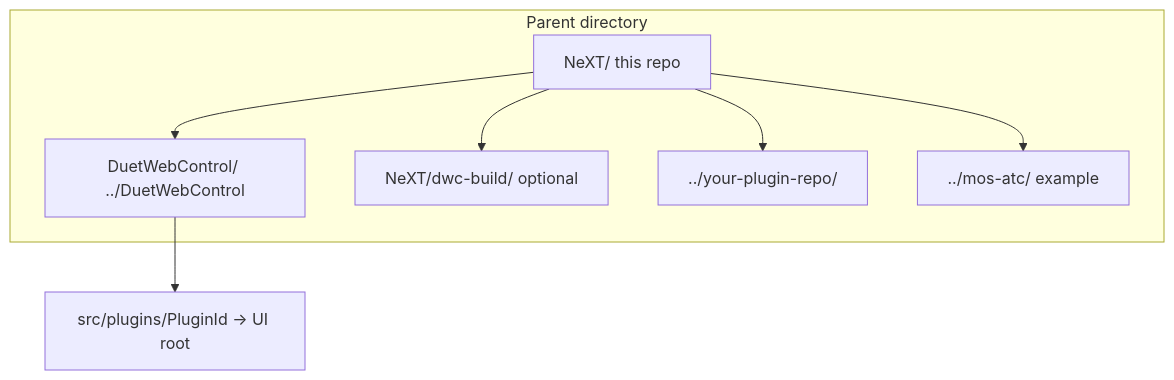
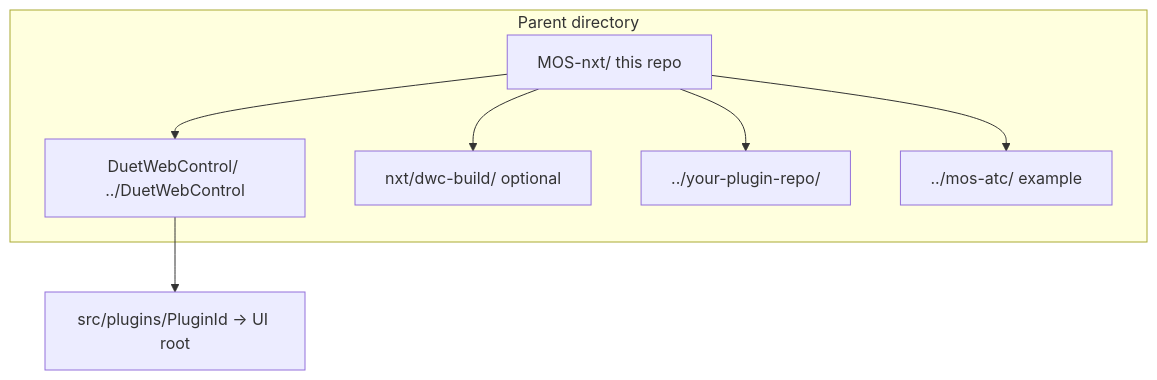
Before and after one commit to MillenniumMachines/MOS-nxt: the diagram in docs/LOCAL_PLUGIN_BUILD_AND_TEST.md, drawn with Mermaid. The commit also changed other lines of this file and 147 other files, not shown here.

````diff
--- a/docs/LOCAL_PLUGIN_BUILD_AND_TEST.md
+++ b/docs/LOCAL_PLUGIN_BUILD_AND_TEST.md
@@ -48,15 +48,15 @@
 ```mermaid
 flowchart TB
   subgraph parent [Parent directory]
-    NeXT[NeXT/ this repo]
+    MOSnxt[MOS-nxt/ this repo]
     DWC[DuetWebControl/ ../DuetWebControl]
-    DwcBuild[NeXT/dwc-build/ optional]
+    DwcBuild[nxt/dwc-build/ optional]
     ExtPlugin["../your-plugin-repo/"]
     MosAtc["../mos-atc/ example"]
   end
-  NeXT --> DWC
-  NeXT --> DwcBuild
-  NeXT --> ExtPlugin
-  NeXT --> MosAtc
+  MOSnxt --> DWC
+  MOSnxt --> DwcBuild
+  MOSnxt --> ExtPlugin
+  MOSnxt --> MosAtc
   DWC --> PluginLink["src/plugins/PluginId -> UI root"]
 ```
````
